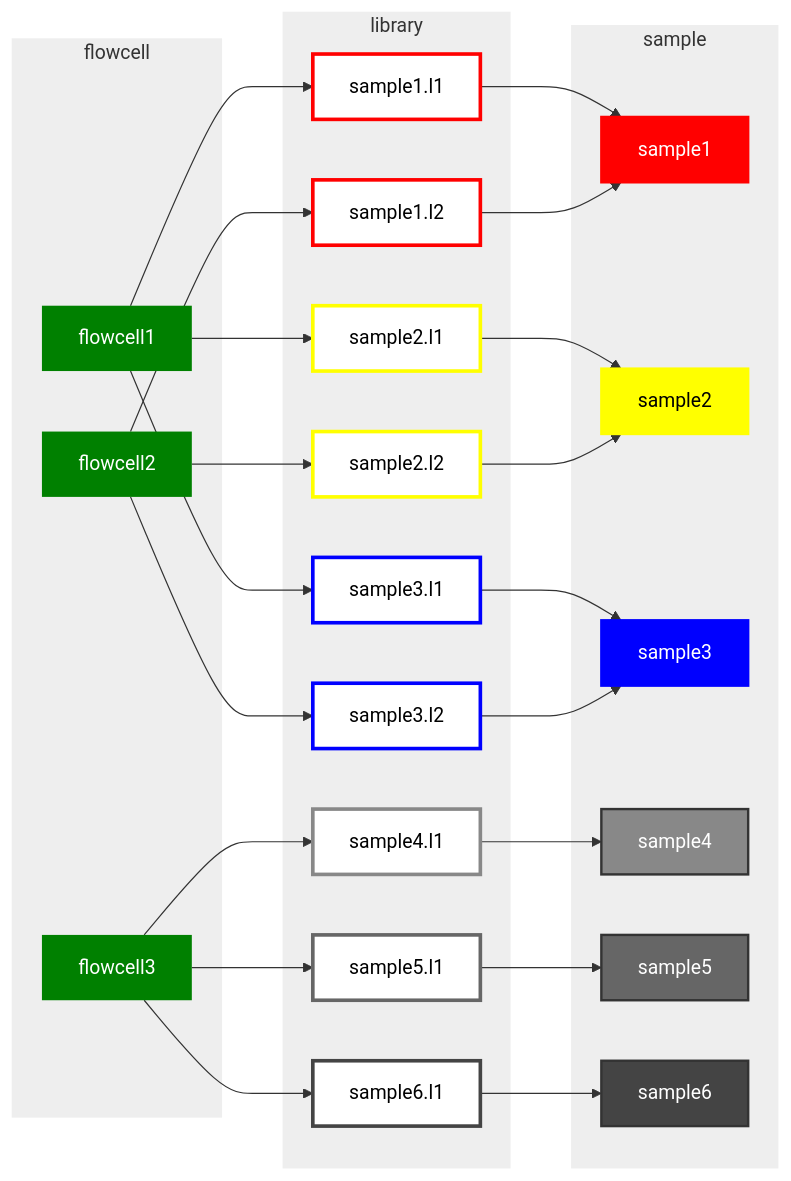
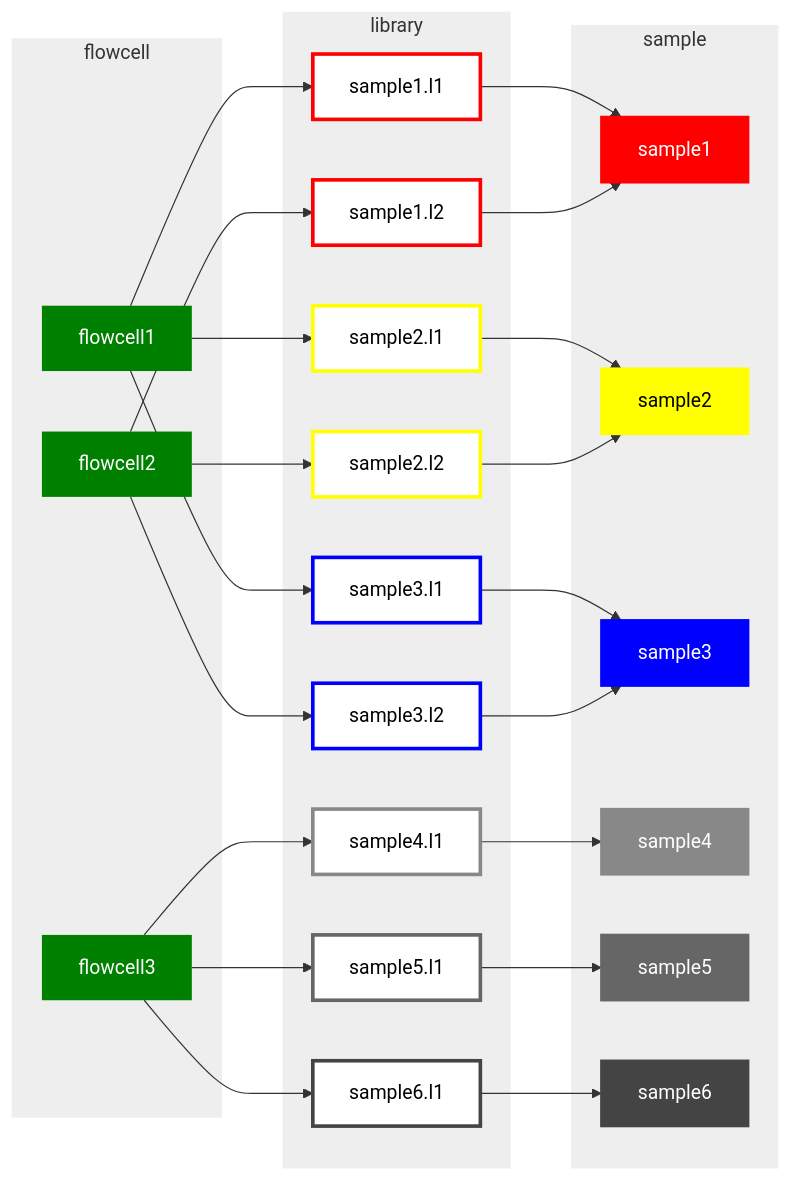
One commit to broadinstitute/viral-workshops changed the diagram in broad-viral-ngs/workspace-setup.md. Above: the diagram before and after it, drawn with Mermaid.

Commit message:
change chart outline color

````diff
--- a/broad-viral-ngs/workspace-setup.md
+++ b/broad-viral-ngs/workspace-setup.md
@@ -78,50 +78,50 @@
 ```mermaid
 %%{ init: { 'flowchart': { 'curve': 'basis' } } }%%
 flowchart LR
     subgraph flowcell
     flowcell1:::fc-nostroke
     flowcell2:::fc-nostroke
     flowcell3:::fc-nostroke
     end
     subgraph library
     flowcell1-->sample1.l1:::entity1
     flowcell1-->sample2.l1:::entity2
     flowcell1-->sample3.l1:::entity3
     flowcell2-->sample1.l2:::entity1
     flowcell2-->sample2.l2:::entity2
     flowcell2-->sample3.l2:::entity3
     flowcell3-->sample4.l1:::entity4
     flowcell3-->sample5.l1:::entity5
     flowcell3-->sample6.l1:::entity6
     end
     subgraph sample
     sample1.l1-->sample1:::set_entity1
     sample1.l2-->sample1:::set_entity1
     sample2.l1-->sample2:::set_entity2
     sample2.l2-->sample2:::set_entity2
     sample3.l1-->sample3:::set_entity3
     sample3.l2-->sample3:::set_entity3
     sample4.l1-->sample4:::set_entity4
     sample5.l1-->sample5:::set_entity5
     sample6.l1-->sample6:::set_entity6
     end
     classDef fc-nostroke fill:green, color:#fff, stroke-width:0px
     classDef set_entity1 fill:red,color:#fff,stroke:red,stroke-width:2px
     classDef set_entity2 fill:yellow,color:#000,stroke:yellow,stroke-width:2px
     classDef set_entity3 fill:blue,color:#fff,stroke:blue,stroke-width:2px
-    classDef set_entity4 fill:#888,color:#fff,stroke:#333,stroke-width:2px
-    classDef set_entity5 fill:#666,color:#fff,stroke:#333,stroke-width:2px
-    classDef set_entity6 fill:#444,color:#fff,stroke:#333,stroke-width:2px
+    classDef set_entity4 fill:#888,color:#fff,stroke:#888,stroke-width:2px
+    classDef set_entity5 fill:#666,color:#fff,stroke:#666,stroke-width:2px
+    classDef set_entity6 fill:#444,color:#fff,stroke:#444,stroke-width:2px
     
     classDef entity1 stroke:red,color:#000,fill:#fff,stroke-width:3px
     classDef entity2 stroke:yellow,color:#000,fill:#fff,stroke-width:3px
     classDef entity3 stroke:blue,color:#000,fill:#fff,stroke-width:3px
 
     classDef entity4 stroke:#888,color:#000,fill:#fff,stroke-width:3px
     classDef entity5 stroke:#666,color:#000,fill:#fff,stroke-width:3px
     classDef entity6 stroke:#444,color:#000,fill:#fff,stroke-width:3px
     style flowcell fill:#eee,stroke:#333,stroke-width:0px
     style library fill:#eee,stroke:#333,stroke-width:0px
     style sample fill:#eee,stroke:#333,stroke-width:0px
 
 ```
````
